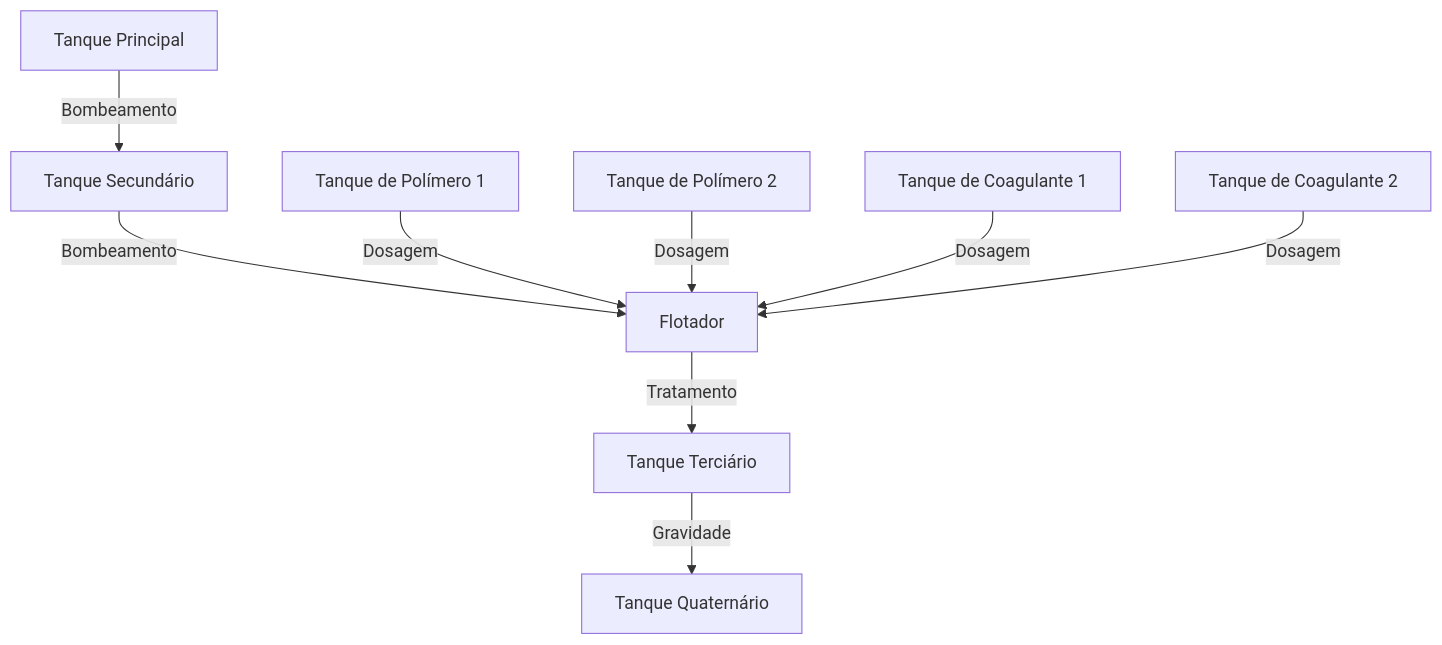
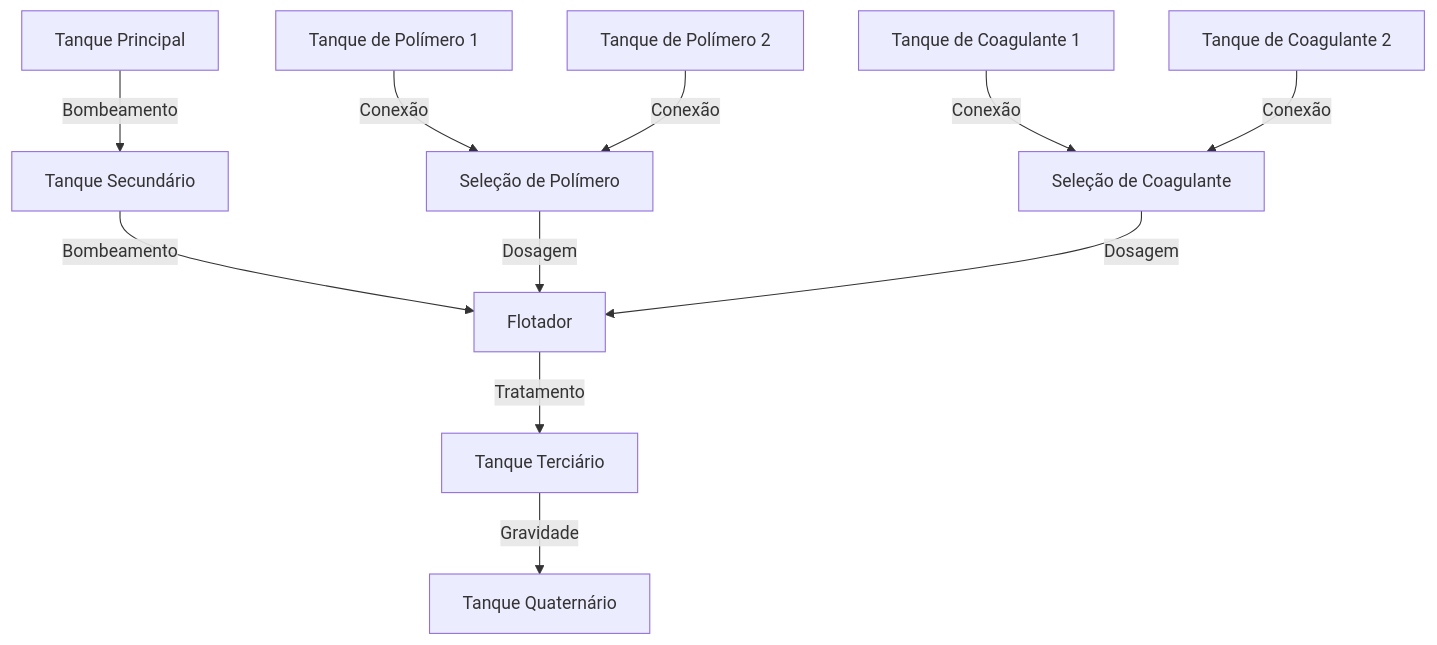
Before and after one commit to thalesfb/ind_automation: the diagram in level_control/README.md, drawn with Mermaid.

Commit message:
docs:  Update flow diagram in README.md to reflect new dosing connections

````diff
--- a/level_control/README.md
+++ b/level_control/README.md
@@ -35,11 +35,13 @@
 ```mermaid
 graph TD;
     A[Tanque Principal] -->|Bombeamento| B[Tanque Secundário];
     B -->|Bombeamento| C[Flotador];
     C -->|Tratamento| D[Tanque Terciário];
     D -->|Gravidade| E[Tanque Quaternário];
-    F[Tanque de Polímero 1] -->|Dosagem| C;
-    G[Tanque de Polímero 2] -->|Dosagem| C;
-    H[Tanque de Coagulante 1] -->|Dosagem| C;
-    I[Tanque de Coagulante 2] -->|Dosagem| C;
+    F[Tanque de Polímero 1] -->|Conexão| J[Seleção de Polímero];
+    G[Tanque de Polímero 2] -->|Conexão| J;
+    J -->|Dosagem| C;
+    H[Tanque de Coagulante 1] -->|Conexão| K[Seleção de Coagulante];
+    I[Tanque de Coagulante 2] -->|Conexão| K;
+    K -->|Dosagem| C;
 ```
````
